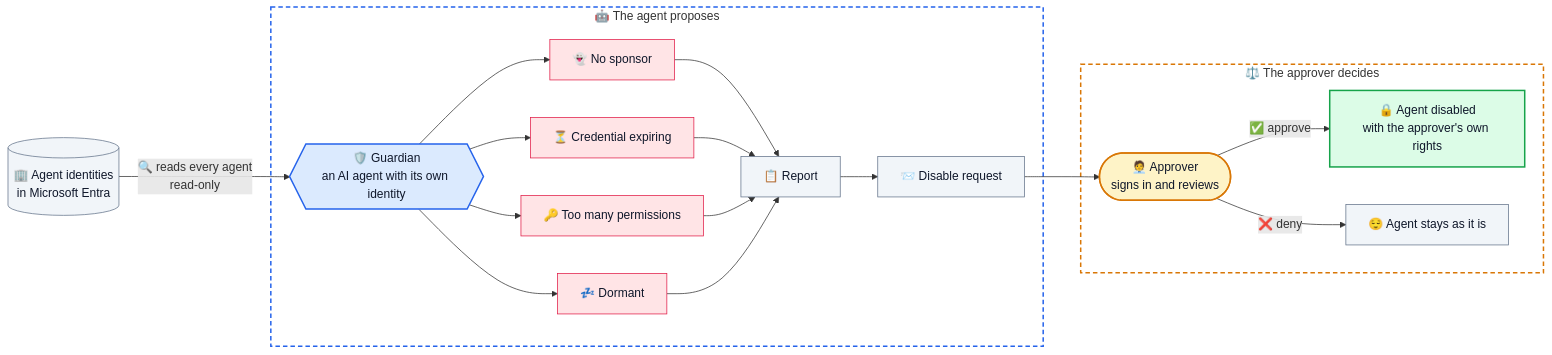
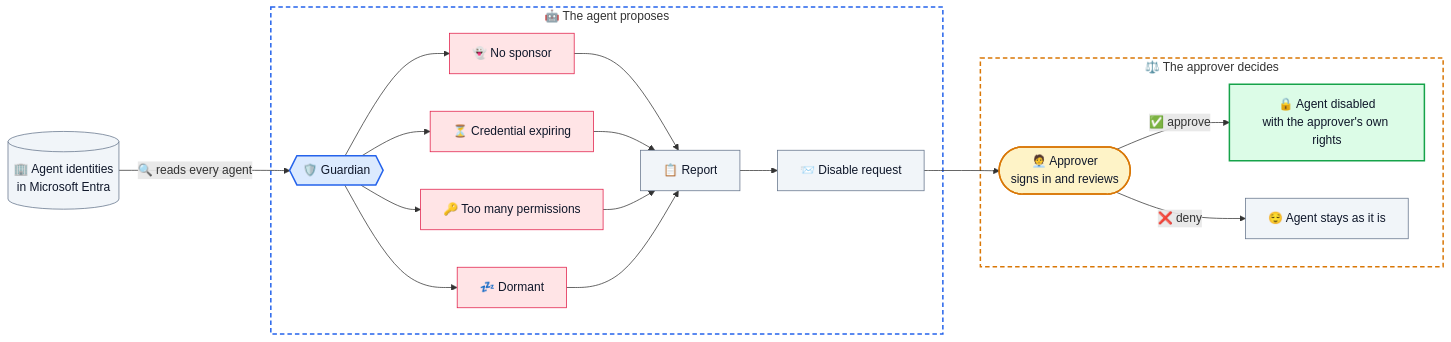
One commit to alireza-mpr/agent-steward changed the first of 2 diagrams in README.md. Above: the diagram before and after it, drawn with Mermaid. The commit also changed other lines of this file and 1 other file, not shown here.

Commit message:
docs(readme): Agent Steward as the title

````diff
--- a/README.md
+++ b/README.md
@@ -14,41 +14,41 @@
 ```mermaid
 flowchart LR
     TENANT[("🏢 Agent identities<br/>in Microsoft Entra")]
 
     subgraph PROPOSE["🤖 The agent proposes"]
-        GUARD{{"🛡️ Guardian<br/>an AI agent with its own identity"}}
+        GUARD{{"🛡️ Guardian"}}
         F1["👻 No sponsor"]
         F2["⏳ Credential expiring"]
         F3["🔑 Too many permissions"]
         F4["💤 Dormant"]
         REPORT["📋 Report"]
         ASK["📨 Disable request"]
         GUARD --> F1 & F2 & F3 & F4
         F1 & F2 & F3 & F4 --> REPORT
         REPORT --> ASK
     end
 
     subgraph DECIDE["⚖️ The approver decides"]
         HUMAN(["🧑‍💼 Approver<br/>signs in and reviews"])
         DISABLED["🔒 Agent disabled<br/>with the approver's own rights"]
         STAYS["😌 Agent stays as it is"]
         HUMAN -- "✅ approve" --> DISABLED
         HUMAN -- "❌ deny" --> STAYS
     end
 
-    TENANT -- "🔍 reads every agent<br/>read-only" --> GUARD
+    TENANT -- "🔍 reads every agent" --> GUARD
     ASK --> HUMAN
 
     classDef agent fill:#dbeafe,stroke:#2563eb,stroke-width:2px,color:#0f172a
     classDef risk fill:#ffe4e6,stroke:#e11d48,color:#0f172a
     classDef human fill:#fef3c7,stroke:#d97706,stroke-width:2px,color:#0f172a
     classDef good fill:#dcfce7,stroke:#16a34a,stroke-width:2px,color:#0f172a
     classDef calm fill:#f1f5f9,stroke:#64748b,color:#0f172a
     class GUARD agent
     class F1,F2,F3,F4 risk
     class HUMAN human
     class DISABLED good
     class TENANT,REPORT,ASK,STAYS calm
     style PROPOSE fill:transparent,stroke:#2563eb,stroke-width:2px,stroke-dasharray: 6 4
     style DECIDE fill:transparent,stroke:#d97706,stroke-width:2px,stroke-dasharray: 6 4
 ```
````
